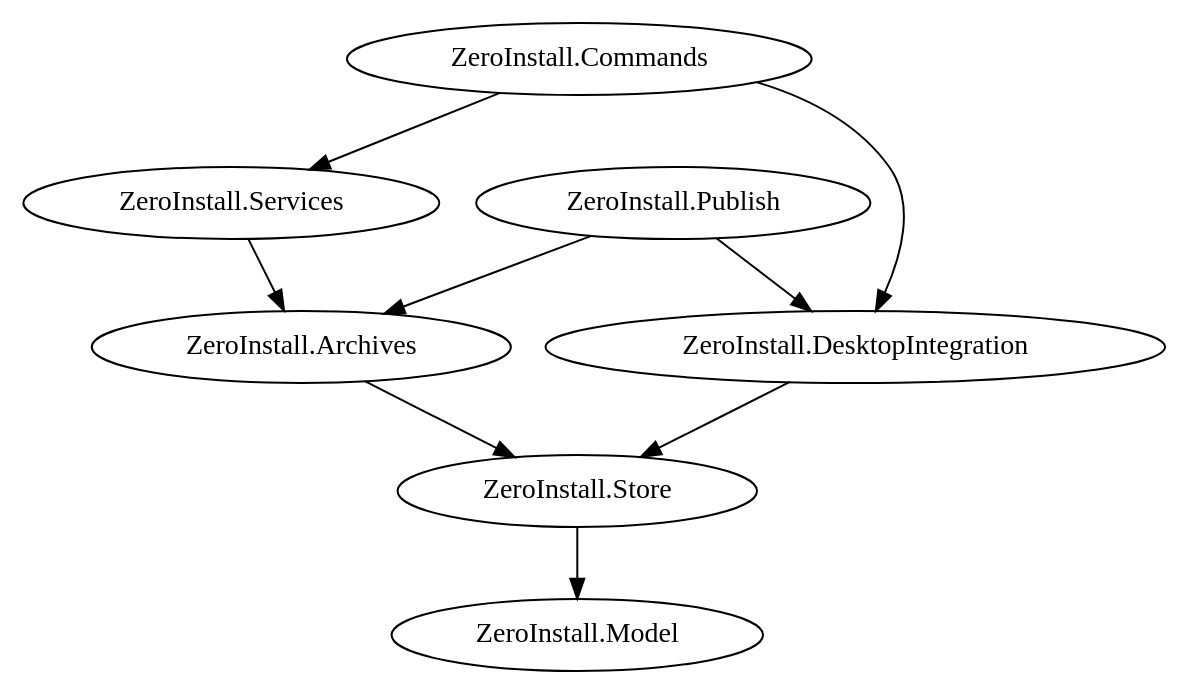
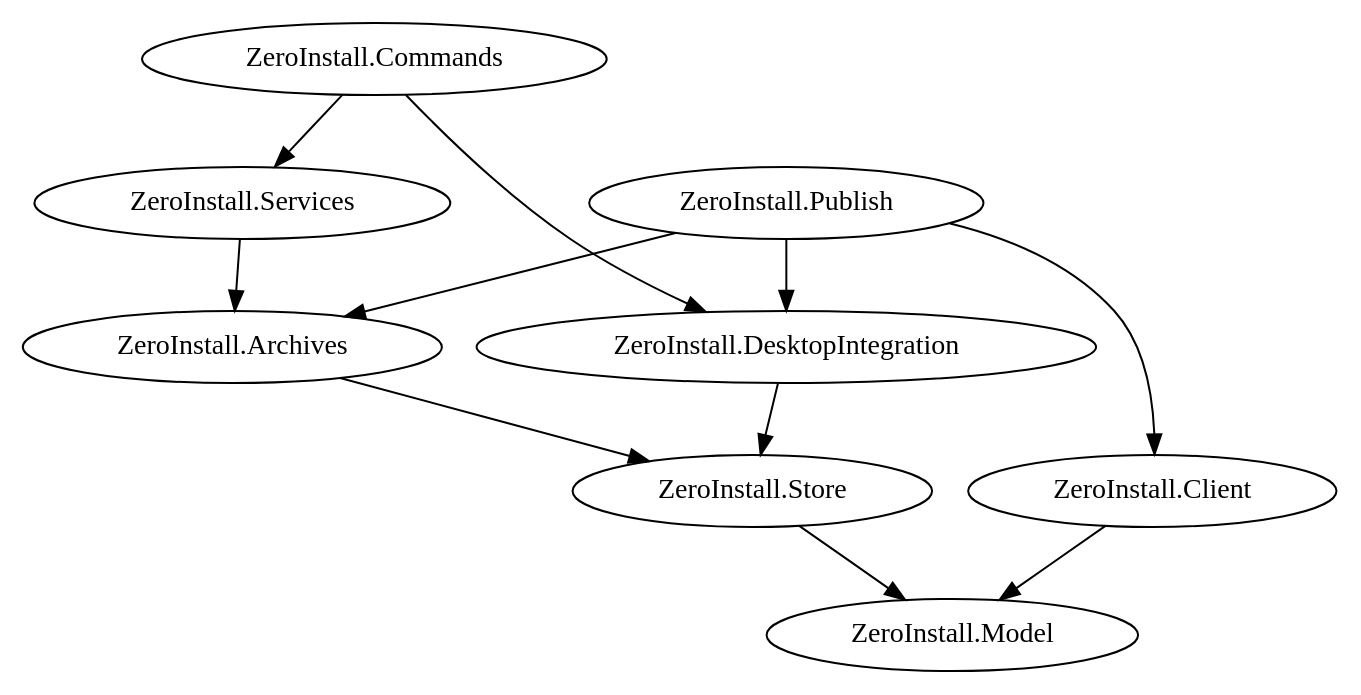
One commit to 0install/0install-dotnet changed the diagram in doc/img/nuget-dependencies.dot. Above: the diagram before and after it, drawn with Graphviz. The commit also changed 15 other files, not shown here.

Commit message:
Introduced ZeroInstall.Client

```diff
--- a/doc/img/nuget-dependencies.dot
+++ b/doc/img/nuget-dependencies.dot
@@ -1,16 +1,18 @@
 digraph {
     commands [label="ZeroInstall.Commands"];
     publish [label="ZeroInstall.Publish"];
     services [label="ZeroInstall.Services"];
     desktop_integration [label="ZeroInstall.DesktopIntegration"];
     archives [label="ZeroInstall.Archives"];
     store [label="ZeroInstall.Store"];
+    client [label="ZeroInstall.Client"];
     model [label="ZeroInstall.Model"];
 
     commands -> {services desktop_integration};
-    publish -> {archives desktop_integration};
+    publish -> {client archives desktop_integration};
     services -> archives;
     archives -> store;
     desktop_integration -> store;
+    client -> model;
     store -> model;
 }
```
